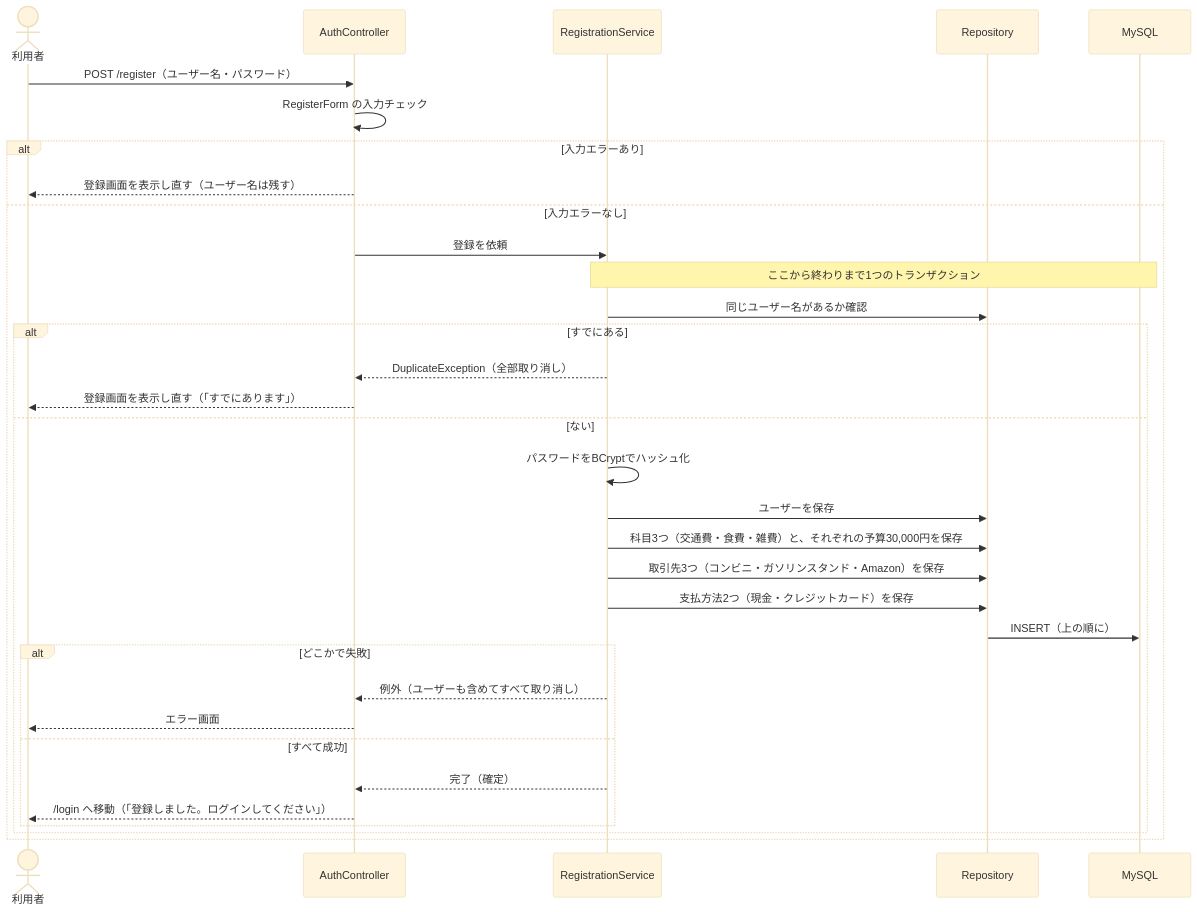
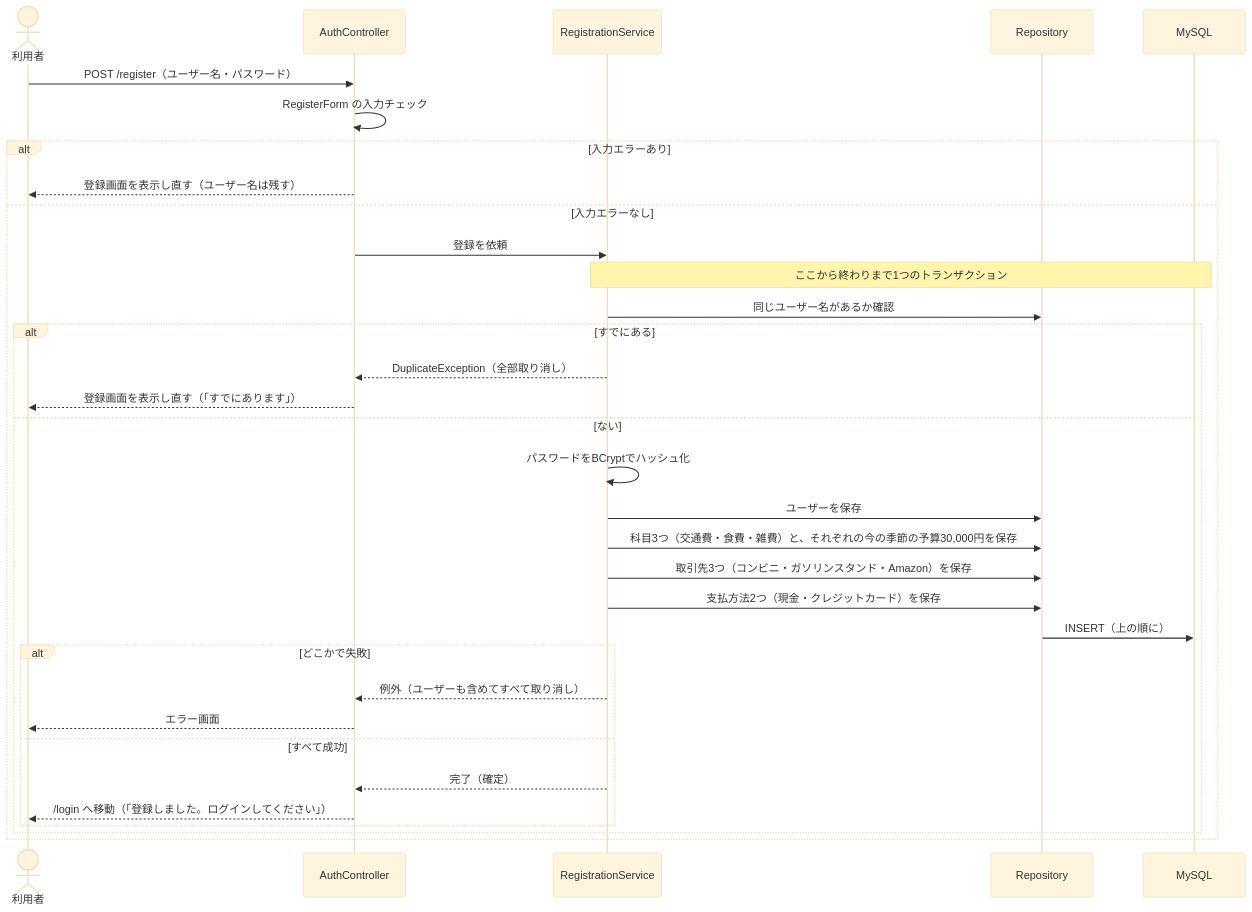
The sixth of 13 diagrams in docs/reviews/design.md (yutaro081/HouseholdBudget-SpringBoot), drawn with Mermaid (base theme) before and after one commit. The commit also changed other lines of this file and 3 other files, not shown here.

````diff
--- a/docs/reviews/design.md
+++ b/docs/reviews/design.md
@@ -896,36 +918,36 @@
 ```mermaid
 sequenceDiagram
     actor U as 利用者
     participant C as AuthController
     participant S as RegistrationService
     participant R as Repository
     participant DB as MySQL
 
     U->>C: POST /register（ユーザー名・パスワード）
     C->>C: RegisterForm の入力チェック
     alt 入力エラーあり
         C-->>U: 登録画面を表示し直す（ユーザー名は残す）
     else 入力エラーなし
         C->>S: 登録を依頼
         Note over S,DB: ここから終わりまで1つのトランザクション
         S->>R: 同じユーザー名があるか確認
         alt すでにある
             S-->>C: DuplicateException（全部取り消し）
             C-->>U: 登録画面を表示し直す（「すでにあります」）
         else ない
             S->>S: パスワードをBCryptでハッシュ化
             S->>R: ユーザーを保存
-            S->>R: 科目3つ（交通費・食費・雑費）と、それぞれの予算30,000円を保存
+            S->>R: 科目3つ（交通費・食費・雑費）と、それぞれの今の季節の予算30,000円を保存
             S->>R: 取引先3つ（コンビニ・ガソリンスタンド・Amazon）を保存
             S->>R: 支払方法2つ（現金・クレジットカード）を保存
             R->>DB: INSERT（上の順に）
             alt どこかで失敗
                 S-->>C: 例外（ユーザーも含めてすべて取り消し）
                 C-->>U: エラー画面
             else すべて成功
                 S-->>C: 完了（確定）
                 C-->>U: /login へ移動（「登録しました。ログインしてください」）
             end
         end
     end
 ```
````
